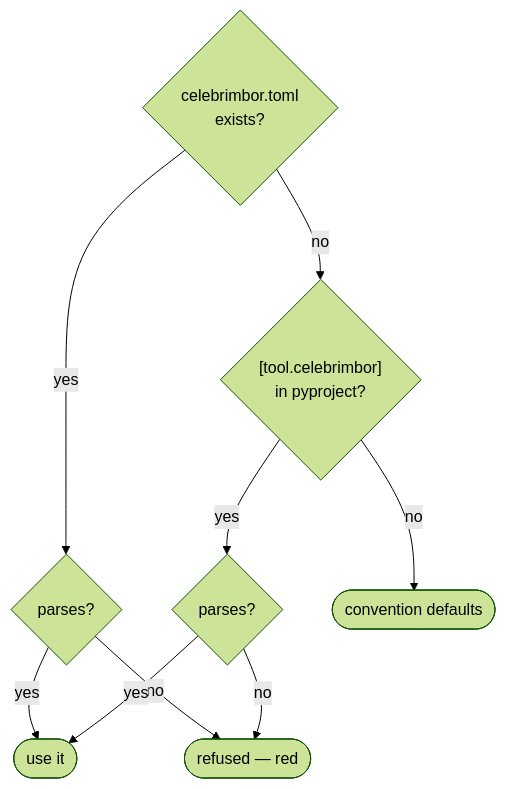
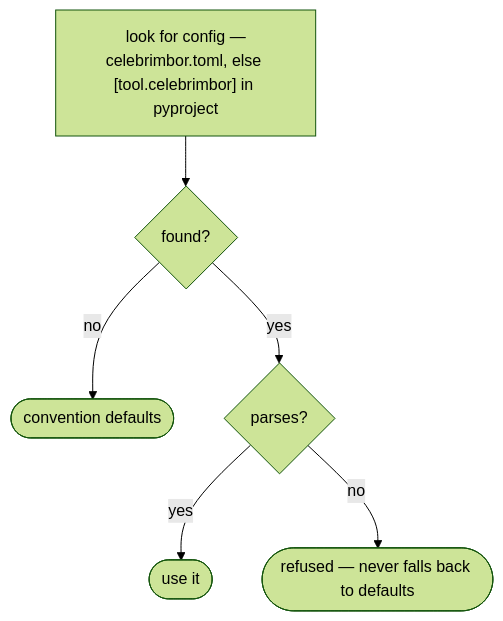
The diagram in docs/reference/configuration.md (clintecker/celebrimbor), drawn with Mermaid (forest theme) before and after one commit. The commit also changed 11 other files, not shown here.

````diff
--- a/docs/reference/configuration.md
+++ b/docs/reference/configuration.md
@@ -12,11 +12,8 @@
 ```mermaid
 flowchart TD
-    A{"celebrimbor.toml<br/>exists?"} -->|yes| B{"parses?"}
-    A -->|no| C{"[tool.celebrimbor]<br/>in pyproject?"}
-    B -->|yes| USE([use it])
-    B -->|no| REF([refused — red])
-    C -->|yes| D{"parses?"}
-    C -->|no| CONV([convention defaults])
-    D -->|yes| USE
-    D -->|no| REF
+    A["look for config —<br/>celebrimbor.toml, else [tool.celebrimbor] in pyproject"] --> B{found?}
+    B -->|no| CONV([convention defaults])
+    B -->|yes| C{parses?}
+    C -->|yes| USE([use it])
+    C -->|no| REF([refused — never falls back to defaults])
 ```
````
